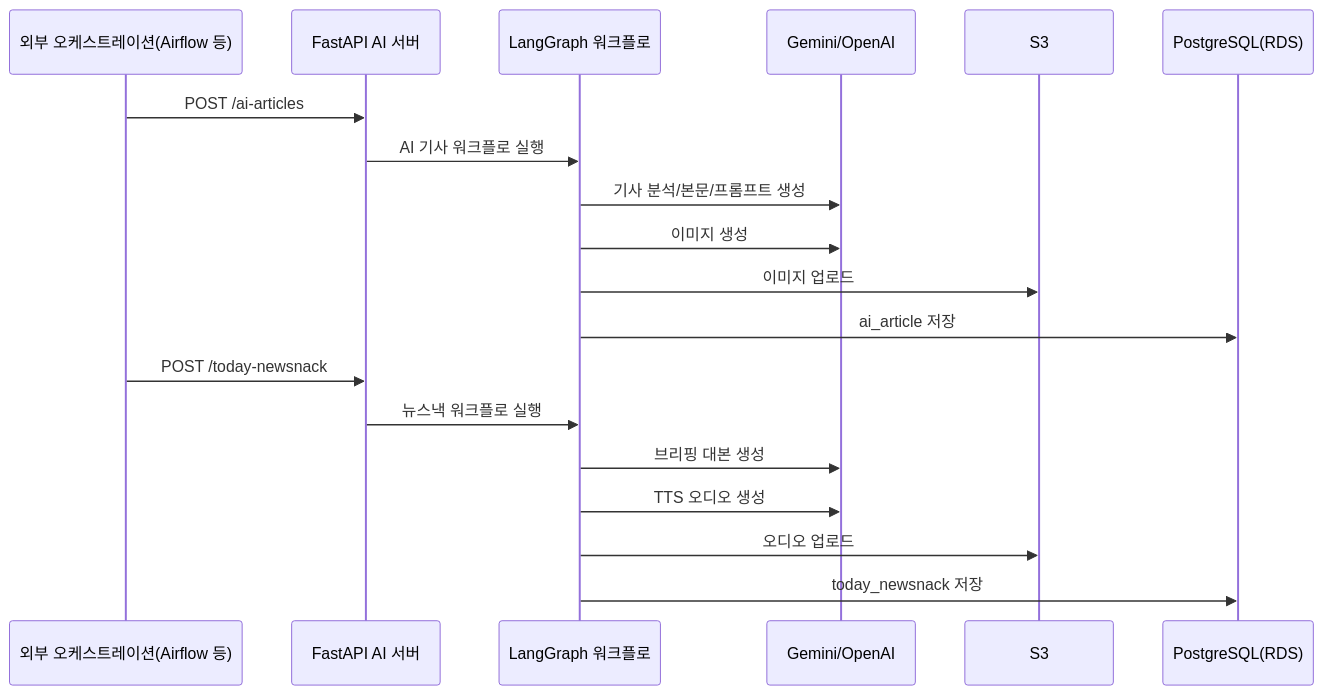
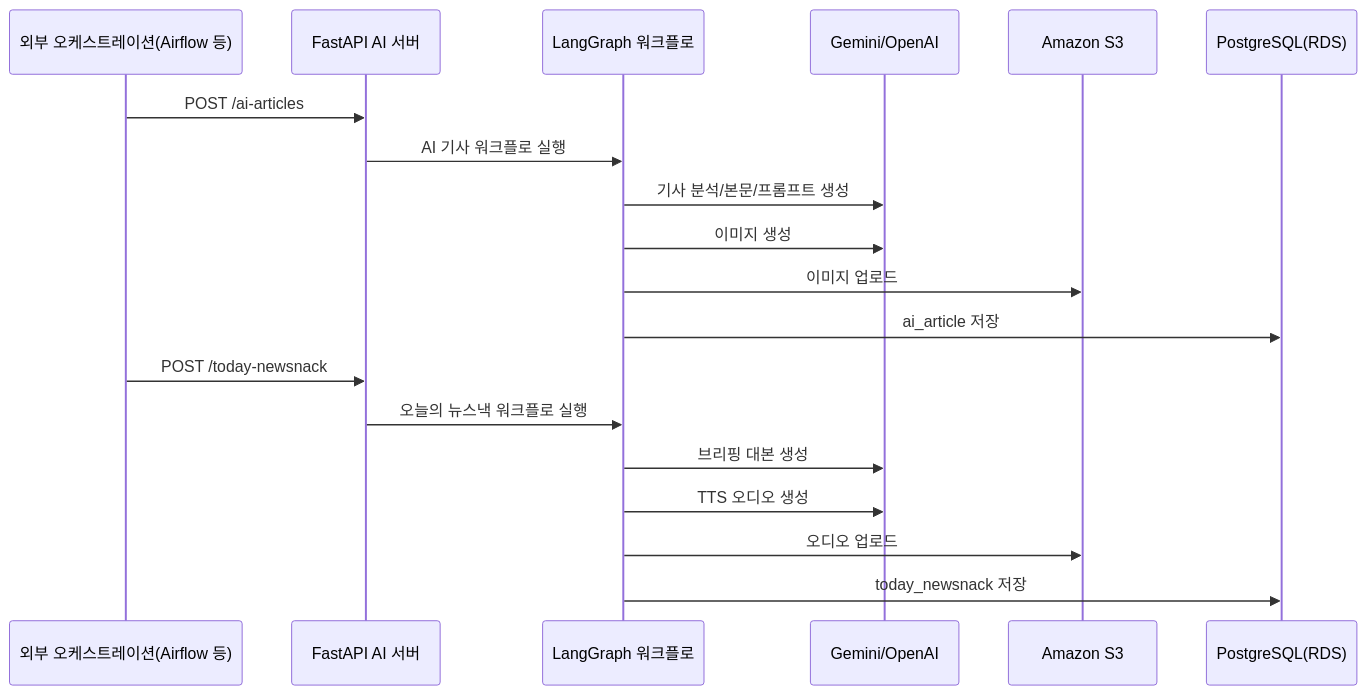
Before and after one commit to team-leekim/newsnack-ai: the first of 3 diagrams in README.md, drawn with Mermaid.

Commit message:
docs: readme 수정

````diff
--- a/README.md
+++ b/README.md
@@ -34,23 +34,23 @@
 ```mermaid
 sequenceDiagram
     participant Scheduler as 외부 오케스트레이션(Airflow 등)
     participant API as FastAPI AI 서버
     participant Graph as LangGraph 워크플로
     participant LLM as Gemini/OpenAI
-    participant S3 as S3
+    participant S3 as Amazon S3
     participant DB as PostgreSQL(RDS)
 
     Scheduler->>API: POST /ai-articles
     API->>Graph: AI 기사 워크플로 실행
     Graph->>LLM: 기사 분석/본문/프롬프트 생성
     Graph->>LLM: 이미지 생성
     Graph->>S3: 이미지 업로드
     Graph->>DB: ai_article 저장
 
     Scheduler->>API: POST /today-newsnack
-    API->>Graph: 뉴스낵 워크플로 실행
+    API->>Graph: 오늘의 뉴스낵 워크플로 실행
     Graph->>LLM: 브리핑 대본 생성
     Graph->>LLM: TTS 오디오 생성
     Graph->>S3: 오디오 업로드
     Graph->>DB: today_newsnack 저장
 ```
````
